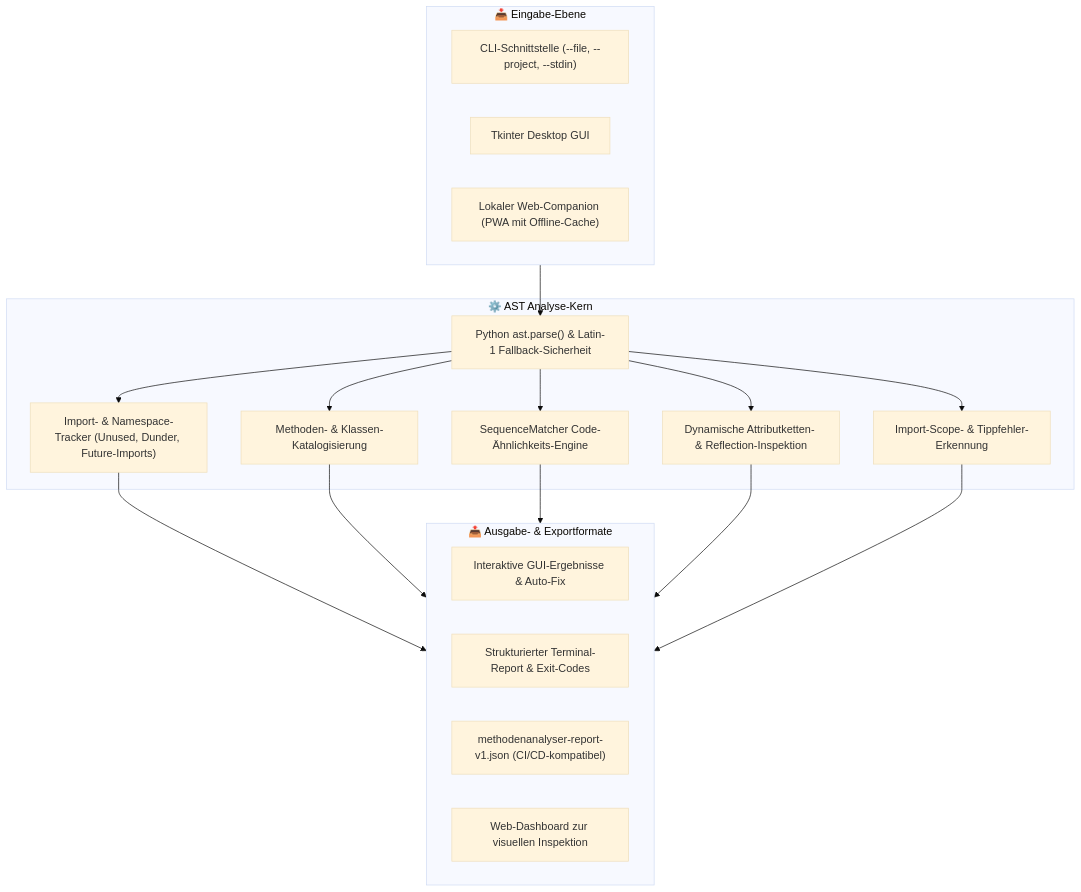
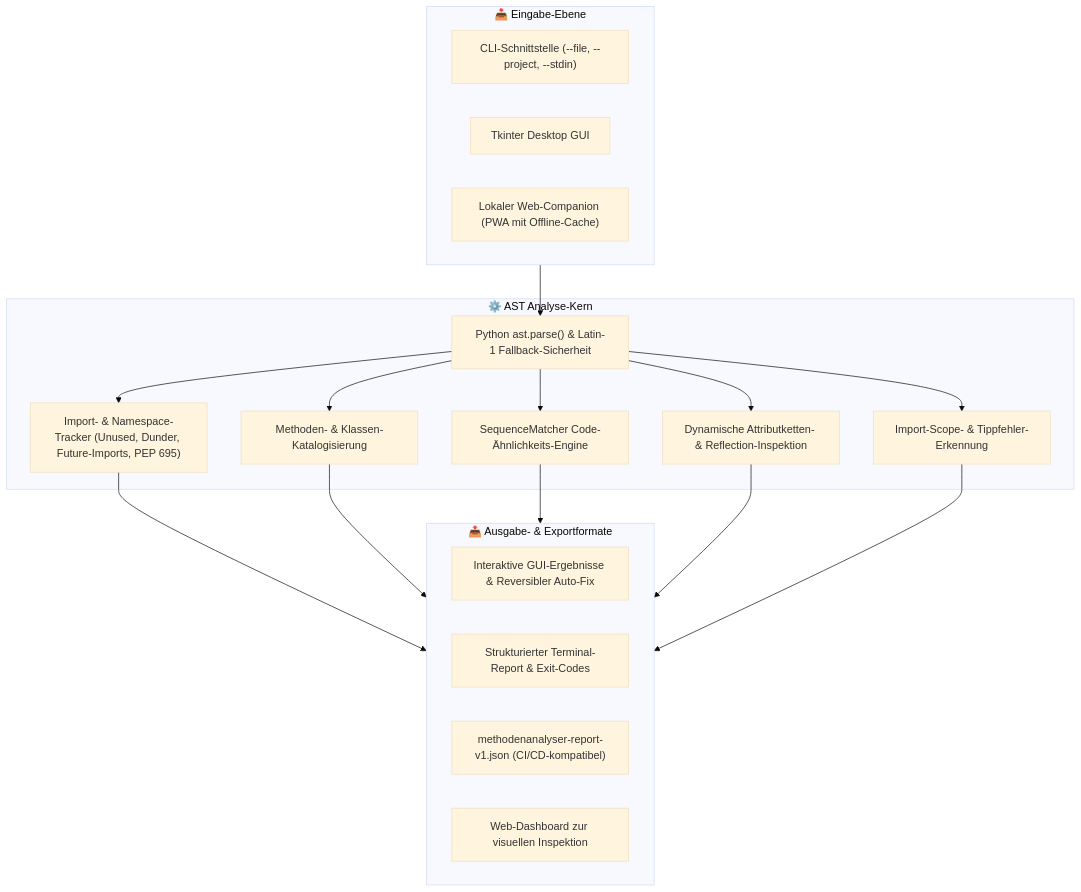
The first of 2 diagrams in README_de.md (dev-bricks/MethodenAnalyser), drawn with Mermaid (base theme) before and after one commit. The commit also changed other lines of this file and 12 other files, not shown here.

Commit message:
chore(marketing): Path B discoverability, dual-mermaid architecture, governance invariants, and contract tests (v3.0.1)

````diff
--- a/README_de.md
+++ b/README_de.md
@@ -67,28 +97,28 @@
 ```mermaid
 flowchart TD
     subgraph Input["📥 Eingabe-Ebene"]
         CLI["CLI-Schnittstelle (--file, --project, --stdin)"]
         GUI["Tkinter Desktop GUI"]
         WebHelper["Lokaler Web-Companion (PWA mit Offline-Cache)"]
     end
 
     subgraph Core["⚙️ AST Analyse-Kern"]
         Parser["Python ast.parse() & Latin-1 Fallback-Sicherheit"]
-        Imports["Import- & Namespace-Tracker (Unused, Dunder, Future-Imports)"]
+        Imports["Import- & Namespace-Tracker (Unused, Dunder, Future-Imports, PEP 695)"]
         Methods["Methoden- & Klassen-Katalogisierung"]
         Duplicates["SequenceMatcher Code-Ähnlichkeits-Engine"]
         Dynamic["Dynamische Attributketten- & Reflection-Inspektion"]
         Scope["Import-Scope- & Tippfehler-Erkennung"]
     end
 
     subgraph Output["📤 Ausgabe- & Exportformate"]
-        GUISummary["Interaktive GUI-Ergebnisse & Auto-Fix"]
+        GUISummary["Interaktive GUI-Ergebnisse & Reversibler Auto-Fix"]
         CLIText["Strukturierter Terminal-Report & Exit-Codes"]
         JSONExport["methodenanalyser-report-v1.json (CI/CD-kompatibel)"]
         BrowserUI["Web-Dashboard zur visuellen Inspektion"]
     end
 
     Input --> Parser
     Parser --> Imports & Methods & Duplicates & Dynamic & Scope
     Imports & Methods & Duplicates & Dynamic & Scope --> Output
 ```
````
